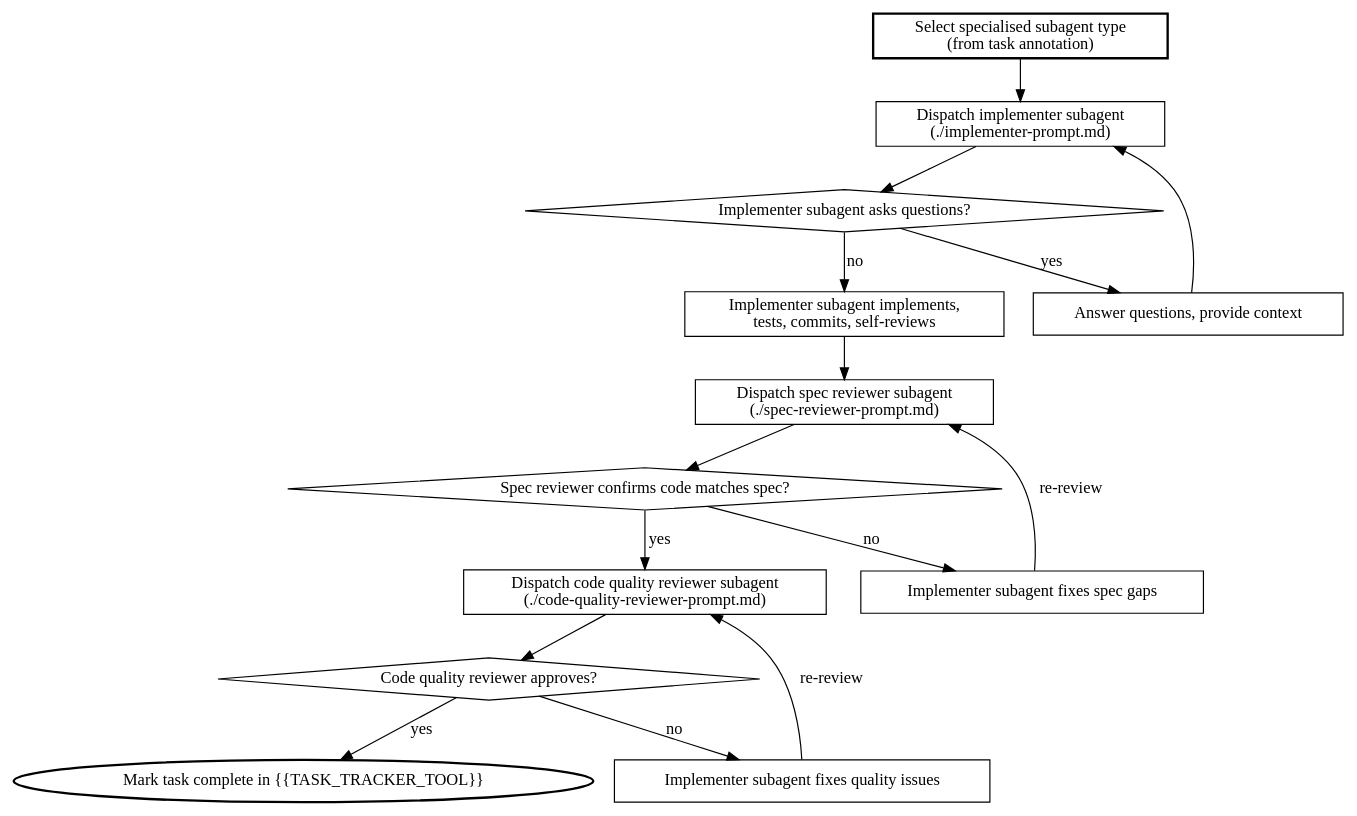
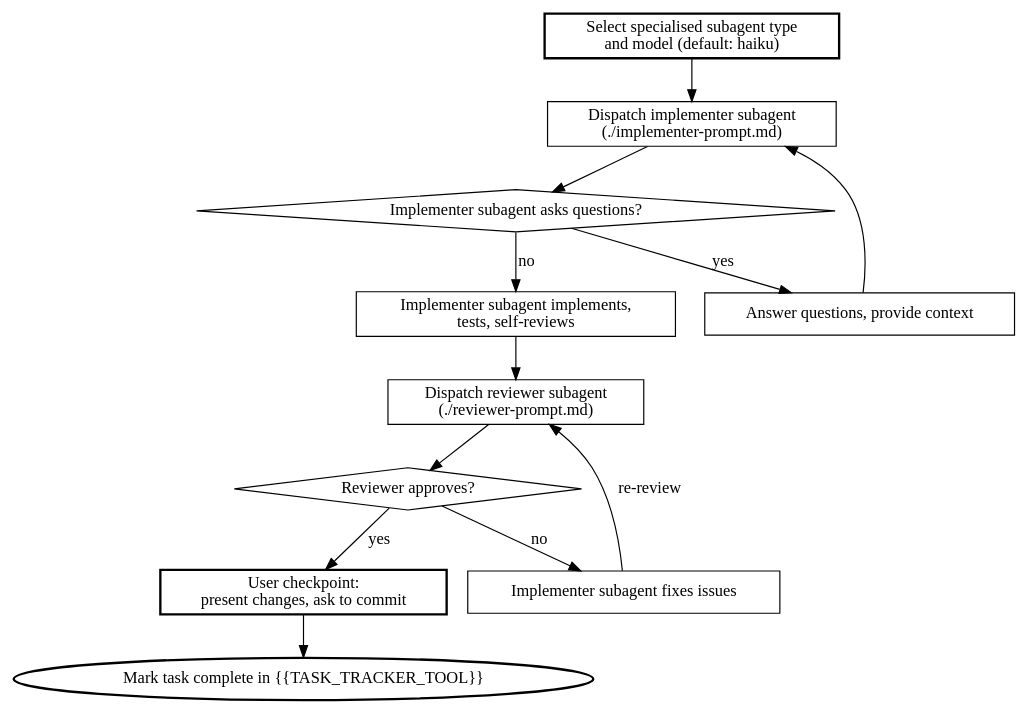
The third of 3 diagrams in ai/skills/subagent-driven-development/SKILL.md (philipobenito/dot), drawn with Graphviz before and after one commit. The commit also changed other lines of this file and 6 other files, not shown here.

````diff
--- a/ai/skills/subagent-driven-development/SKILL.md
+++ b/ai/skills/subagent-driven-development/SKILL.md
@@ -332,33 +225,28 @@
 ```dot
 digraph per_task_pipeline {
     rankdir=TB;
 
-    "Select specialised subagent type\n(from task annotation)" [shape=box, style=bold];
+    "Select specialised subagent type\nand model (default: haiku)" [shape=box, style=bold];
     "Dispatch implementer subagent\n(./implementer-prompt.md)" [shape=box];
     "Implementer subagent asks questions?" [shape=diamond];
     "Answer questions, provide context" [shape=box];
-    "Implementer subagent implements,\ntests, commits, self-reviews" [shape=box];
-    "Dispatch spec reviewer subagent\n(./spec-reviewer-prompt.md)" [shape=box];
-    "Spec reviewer confirms code matches spec?" [shape=diamond];
-    "Implementer subagent fixes spec gaps" [shape=box];
-    "Dispatch code quality reviewer subagent\n(./code-quality-reviewer-prompt.md)" [shape=box];
-    "Code quality reviewer approves?" [shape=diamond];
-    "Implementer subagent fixes quality issues" [shape=box];
+    "Implementer subagent implements,\ntests, self-reviews" [shape=box];
+    "Dispatch reviewer subagent\n(./reviewer-prompt.md)" [shape=box];
+    "Reviewer approves?" [shape=diamond];
+    "Implementer subagent fixes issues" [shape=box];
+    "User checkpoint:\npresent changes, ask to commit" [shape=box, style=bold];
     "Mark task complete in {{TASK_TRACKER_TOOL}}" [style=bold];
 
-    "Select specialised subagent type\n(from task annotation)" -> "Dispatch implementer subagent\n(./implementer-prompt.md)";
+    "Select specialised subagent type\nand model (default: haiku)" -> "Dispatch implementer subagent\n(./implementer-prompt.md)";
     "Dispatch implementer subagent\n(./implementer-prompt.md)" -> "Implementer subagent asks questions?";
     "Implementer subagent asks questions?" -> "Answer questions, provide context" [label="yes"];
     "Answer questions, provide context" -> "Dispatch implementer subagent\n(./implementer-prompt.md)";
-    "Implementer subagent asks questions?" -> "Implementer subagent implements,\ntests, commits, self-reviews" [label="no"];
-    "Implementer subagent implements,\ntests, commits, self-reviews" -> "Dispatch spec reviewer subagent\n(./spec-reviewer-prompt.md)";
-    "Dispatch spec reviewer subagent\n(./spec-reviewer-prompt.md)" -> "Spec reviewer confirms code matches spec?";
-    "Spec reviewer confirms code matches spec?" -> "Implementer subagent fixes spec gaps" [label="no"];
-    "Implementer subagent fixes spec gaps" -> "Dispatch spec reviewer subagent\n(./spec-reviewer-prompt.md)" [label="re-review"];
-    "Spec reviewer confirms code matches spec?" -> "Dispatch code quality reviewer subagent\n(./code-quality-reviewer-prompt.md)" [label="yes"];
-    "Dispatch code quality reviewer subagent\n(./code-quality-reviewer-prompt.md)" -> "Code quality reviewer approves?";
-    "Code quality reviewer approves?" -> "Implementer subagent fixes quality issues" [label="no"];
-    "Implementer subagent fixes quality issues" -> "Dispatch code quality reviewer subagent\n(./code-quality-reviewer-prompt.md)" [label="re-review"];
-    "Code quality reviewer approves?" -> "Mark task complete in {{TASK_TRACKER_TOOL}}" [label="yes"];
+    "Implementer subagent asks questions?" -> "Implementer subagent implements,\ntests, self-reviews" [label="no"];
+    "Implementer subagent implements,\ntests, self-reviews" -> "Dispatch reviewer subagent\n(./reviewer-prompt.md)";
+    "Dispatch reviewer subagent\n(./reviewer-prompt.md)" -> "Reviewer approves?";
+    "Reviewer approves?" -> "Implementer subagent fixes issues" [label="no"];
+    "Implementer subagent fixes issues" -> "Dispatch reviewer subagent\n(./reviewer-prompt.md)" [label="re-review"];
+    "Reviewer approves?" -> "User checkpoint:\npresent changes, ask to commit" [label="yes"];
+    "User checkpoint:\npresent changes, ask to commit" -> "Mark task complete in {{TASK_TRACKER_TOOL}}";
 }
 ```
````
